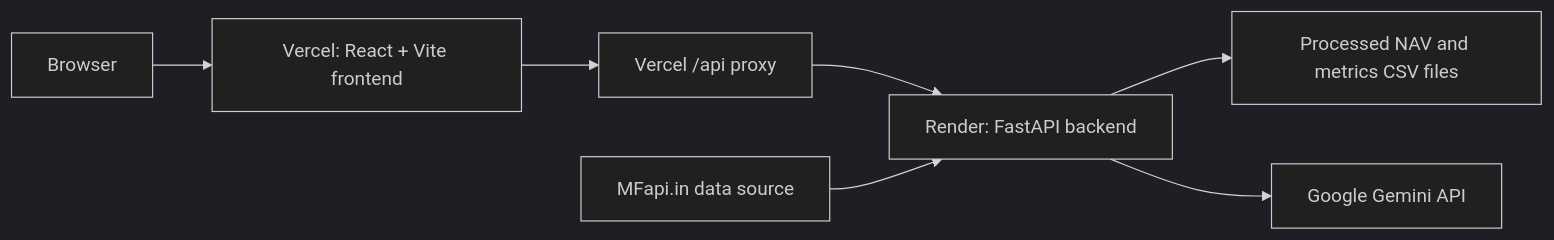
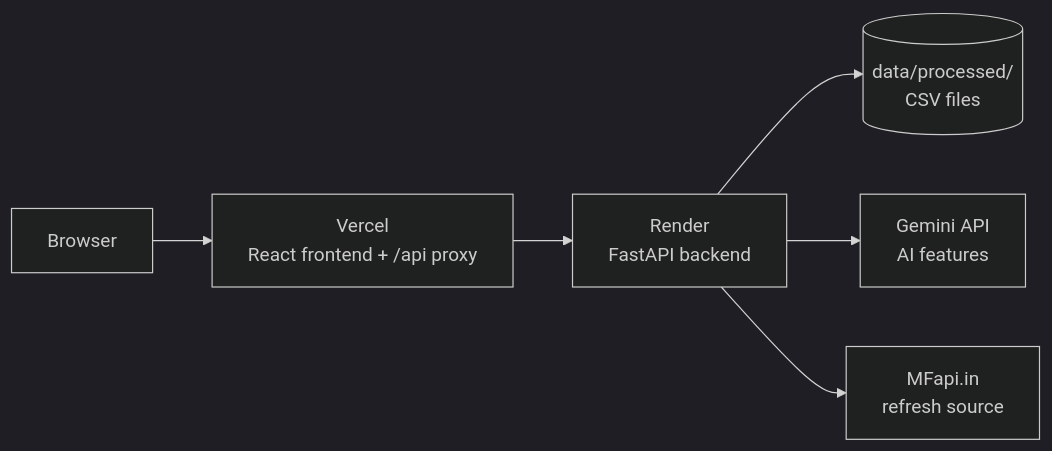
The diagram in README.md (Keshav062004/FundScope-India), drawn with Mermaid (dark theme) before and after one commit. The commit also changed other lines of this file, not shown here.

````diff
--- a/README.md
+++ b/README.md
@@ -23,17 +30,8 @@
 ```mermaid
 flowchart LR
-  Browser["Browser"]
-  VercelUI["Vercel: React + Vite frontend"]
-  VercelProxy["Vercel /api proxy"]
-  Render["Render: FastAPI backend"]
-  Processed["Processed NAV and metrics CSV files"]
-  MFapi["MFapi.in data source"]
-  Gemini["Google Gemini API"]
-
-  Browser --> VercelUI
-  VercelUI --> VercelProxy
-  VercelProxy --> Render
-  Render --> Processed
-  Render --> Gemini
-  MFapi --> Render
+    A[Browser] --> B[Vercel<br/>React frontend + /api proxy]
+    B --> C[Render<br/>FastAPI backend]
+    C --> D[(data/processed/<br/>CSV files)]
+    C --> E[Gemini API<br/>AI features]
+    C --> F[MFapi.in<br/>refresh source]
 ```
````
